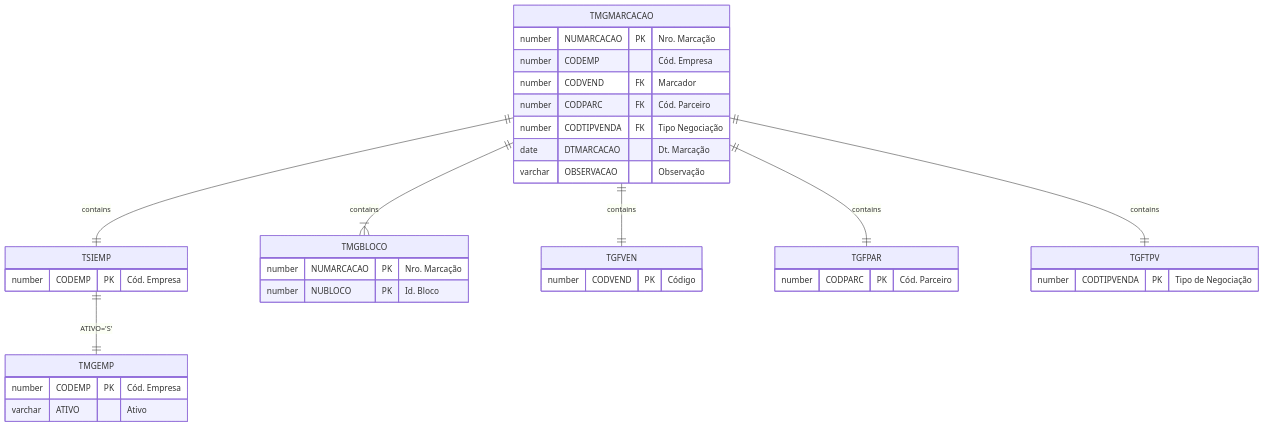
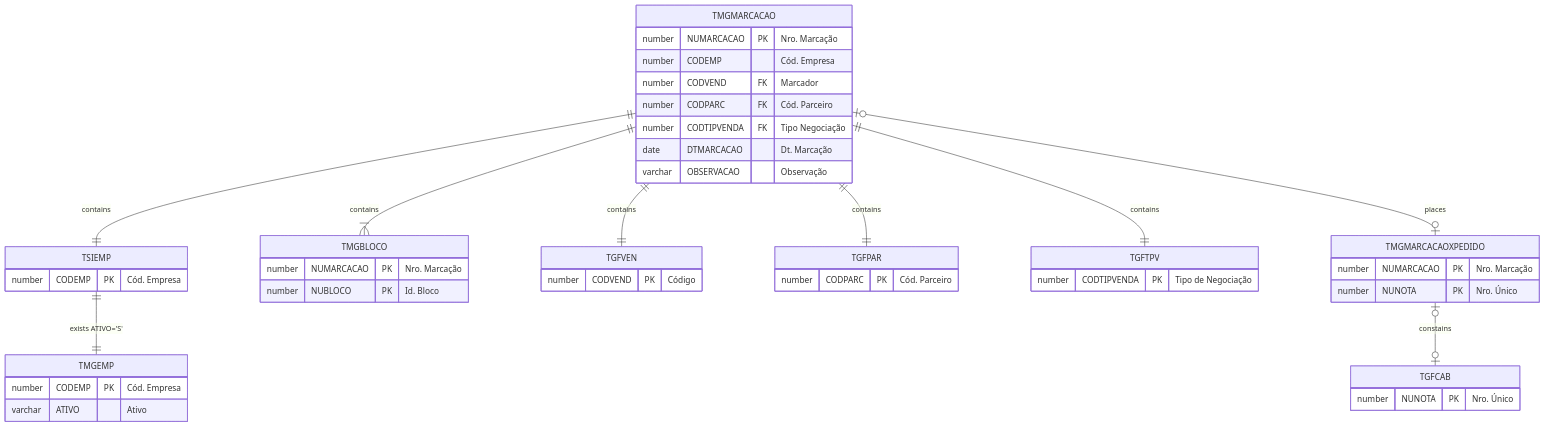
The diagram in docs/_database/TMGMARCACAO.md (cbmsoft/margrandocs), drawn with Mermaid before and after one commit. The commit also changed other lines of this file and 2 other files, not shown here.

Commit message:
docs: vinculacao marcacao com pedido

````diff
--- a/docs/_database/TMGMARCACAO.md
+++ b/docs/_database/TMGMARCACAO.md
@@ -35,40 +37,49 @@
 ```mermaid
 erDiagram
     TMGMARCACAO ||--|| TSIEMP : contains
     TMGMARCACAO ||--|{ TMGBLOCO : contains
     TMGMARCACAO ||--|| TGFVEN : contains
     TMGMARCACAO ||--|| TGFPAR : contains
     TMGMARCACAO ||--|| TGFTPV : contains
+    TMGMARCACAO o|--|o TMGMARCACAOXPEDIDO: places
+    TMGMARCACAOXPEDIDO o|--|o TGFCAB: constains
 
-    TSIEMP ||--|| TMGEMP : "ATIVO='S'"
+    TSIEMP ||--|| TMGEMP : "exists ATIVO='S'"
 
     TMGMARCACAO {
         number NUMARCACAO PK "Nro. Marcação"
         number CODEMP "Cód. Empresa"
         number CODVEND FK "Marcador"
         number CODPARC FK "Cód. Parceiro"
         number CODTIPVENDA FK "Tipo Negociação"
         date DTMARCACAO "Dt. Marcação"
         varchar OBSERVACAO "Observação"
     }
     TSIEMP {
         number CODEMP PK "Cód. Empresa"
+    }
+    TMGEMP {
+        number CODEMP PK "Cód. Empresa"
+        varchar ATIVO "Ativo"
     }
     TMGBLOCO {
         number NUMARCACAO PK "Nro. Marcação"
         number NUBLOCO PK "Id. Bloco"
     }
     TGFVEN {
         number CODVEND PK "Código"
     }
     TGFPAR {
         number CODPARC PK "Cód. Parceiro"
     }
     TGFTPV {
         number CODTIPVENDA PK "Tipo de Negociação"
     }
-    TMGEMP {
-        number CODEMP PK "Cód. Empresa"
-        varchar ATIVO "Ativo"
+    TMGMARCACAOXPEDIDO {
+        number NUMARCACAO PK "Nro. Marcação"
+        number NUNOTA PK "Nro. Único"
+    }
+    TGFCAB {
+        number NUNOTA PK "Nro. Único"
     }
 ```
````
